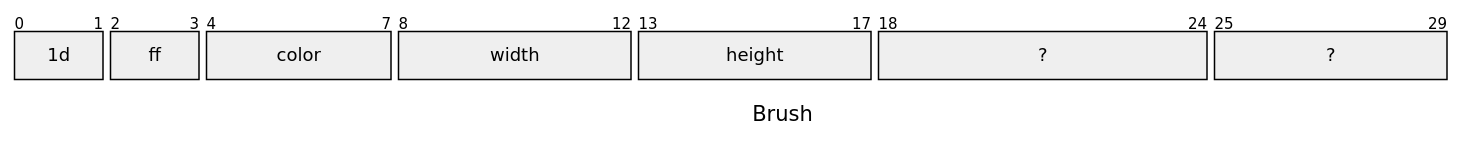
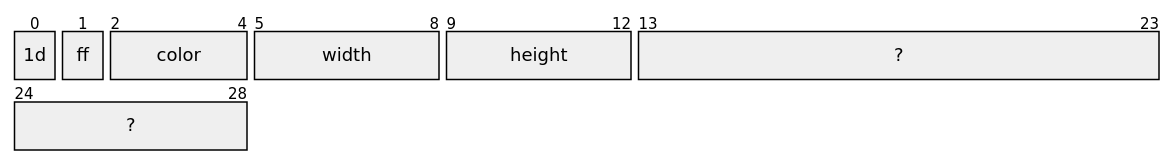
The third of 9 diagrams in README.md (AquaBx/msink-reader), drawn with Mermaid before and after one commit. The commit also changed other lines of this file, not shown here.

````diff
--- a/README.md
+++ b/README.md
@@ -15,13 +21,14 @@
 ```mermaid
+%%{init: { "packet": { "bitsPerRow": 24 } }}%%
 ---
 title: "Brush"
 ---
 packet
-0-1: "1d"
-2-3: "ff"
-4-7: "color"
-8-12: "width"
-13-17: "height"
-18-24: "?"
-25-29: "?"
++1: "1d"
++1: "ff"
++3: "color"
++4: "width"
++4: "height"
++11: "?"
++5: "?"
 ```
````
